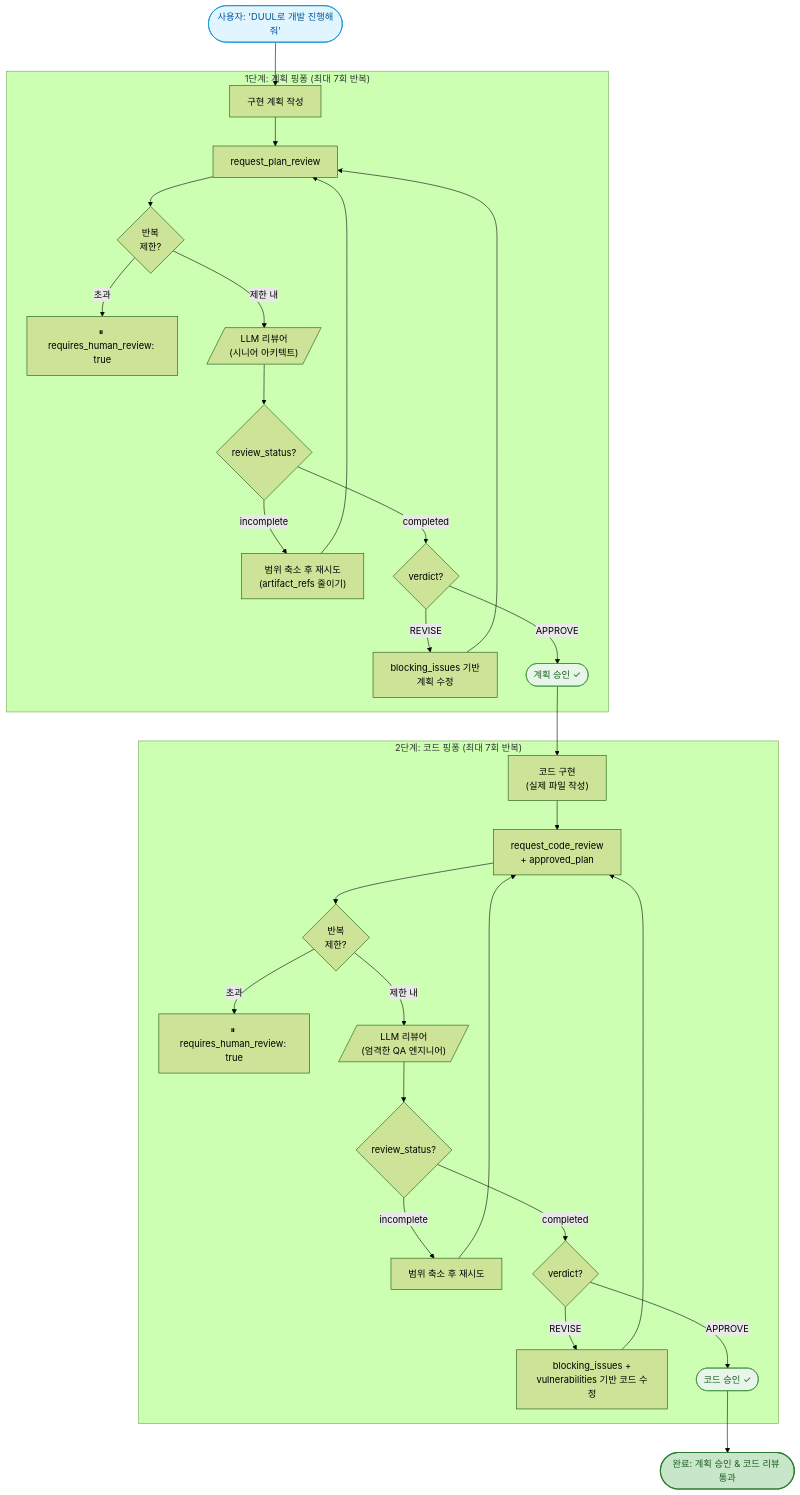
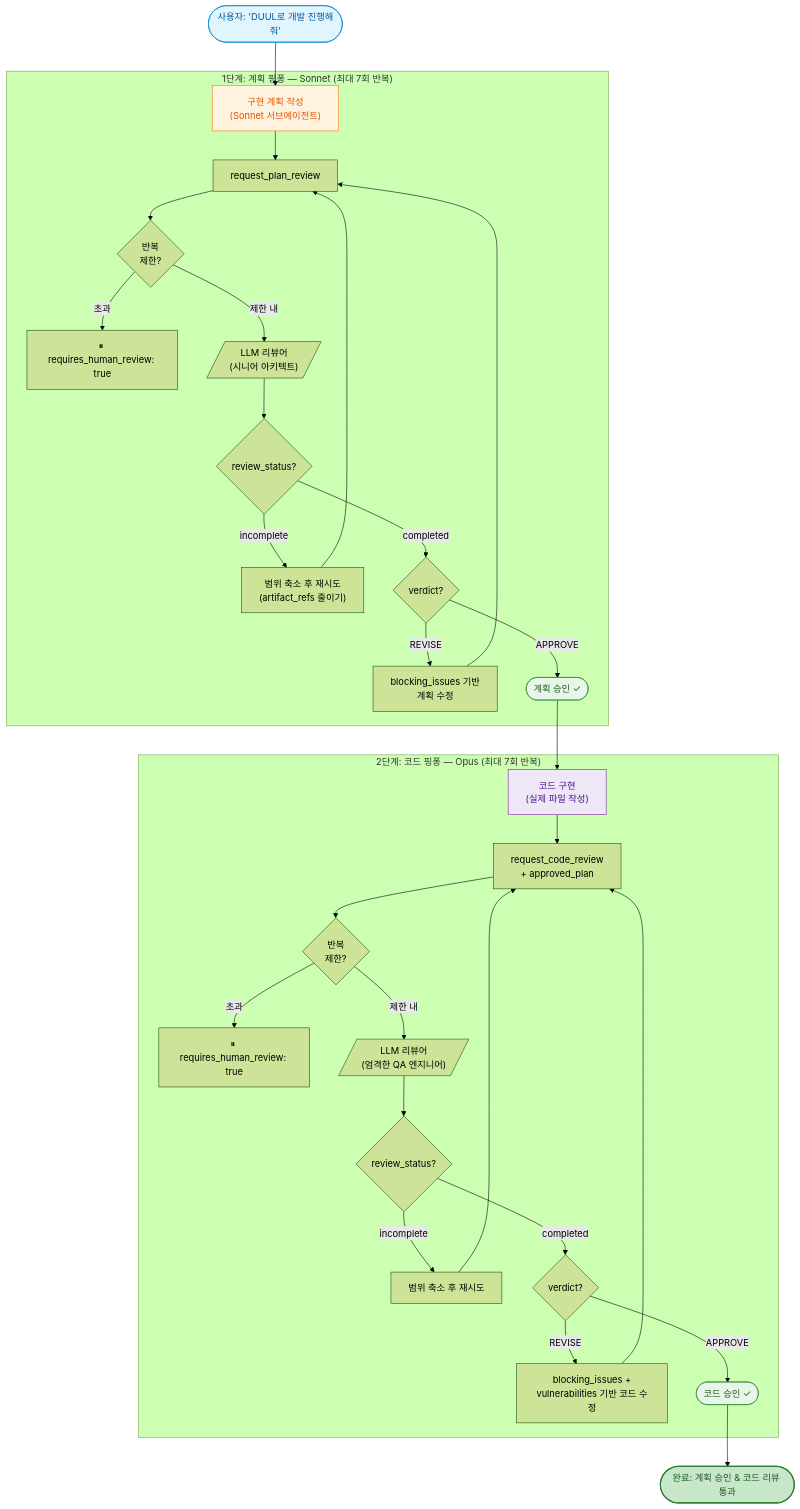
Before and after one commit to Planningo/duul: the first of 2 diagrams in README.ko.md, drawn with Mermaid (forest theme). The commit also changed other lines of this file and 3 other files, not shown here.

First line of the commit message:
docs: upgrade default reviewer models, add Sonnet/Opus split to diagrams

````diff
--- a/README.ko.md
+++ b/README.ko.md
@@ -206,40 +208,42 @@
 ```mermaid
 flowchart TD
-    Start(["사용자: 'DUUL로 개발 진행해줘'"]):::trigger --> Plan["구현 계획 작성"]
+    Start(["사용자: 'DUUL로 개발 진행해줘'"]):::trigger --> Plan["구현 계획 작성\n(Sonnet 서브에이전트)"]:::sonnet
 
-    subgraph Phase1["1단계: 계획 핑퐁 (최대 7회 반복)"]
+    subgraph Phase1["1단계: 계획 핑퐁 — Sonnet (최대 7회 반복)"]
         Plan --> PR["request_plan_review"]
         PR --> IterCheck1{반복\n제한?}
         IterCheck1 -- "초과" --> Human1["⏸ requires_human_review: true"]
         IterCheck1 -- "제한 내" --> Review1[/"LLM 리뷰어\n(시니어 아키텍트)"/]
         Review1 --> Status1{review_status?}
         Status1 -- "incomplete" --> Narrow1["범위 축소 후 재시도\n(artifact_refs 줄이기)"]
         Narrow1 --> PR
         Status1 -- "completed" --> Verdict1{verdict?}
         Verdict1 -- "REVISE" --> Fix1["blocking_issues 기반\n계획 수정"]
         Fix1 --> PR
         Verdict1 -- "APPROVE" --> PlanOK(["계획 승인 ✓"]):::approved
     end
 
-    PlanOK --> Impl["코드 구현\n(실제 파일 작성)"]
+    PlanOK --> Impl["코드 구현\n(실제 파일 작성)"]:::opus
 
-    subgraph Phase2["2단계: 코드 핑퐁 (최대 7회 반복)"]
+    subgraph Phase2["2단계: 코드 핑퐁 — Opus (최대 7회 반복)"]
         Impl --> CR["request_code_review\n+ approved_plan"]
         CR --> IterCheck2{반복\n제한?}
         IterCheck2 -- "초과" --> Human2["⏸ requires_human_review: true"]
         IterCheck2 -- "제한 내" --> Review2[/"LLM 리뷰어\n(엄격한 QA 엔지니어)"/]
         Review2 --> Status2{review_status?}
         Status2 -- "incomplete" --> Narrow2["범위 축소 후 재시도"]
         Narrow2 --> CR
         Status2 -- "completed" --> Verdict2{verdict?}
         Verdict2 -- "REVISE" --> Fix2["blocking_issues +\nvulnerabilities 기반 코드 수정"]
         Fix2 --> CR
         Verdict2 -- "APPROVE" --> CodeOK(["코드 승인 ✓"]):::approved
     end
 
     CodeOK --> Done(["완료: 계획 승인 & 코드 리뷰 통과"]):::done
 
     classDef trigger fill:#e1f5fe,stroke:#0288d1,color:#01579b
     classDef approved fill:#e8f5e9,stroke:#388e3c,color:#1b5e20
     classDef done fill:#c8e6c9,stroke:#2e7d32,color:#1b5e20,stroke-width:2px
+    classDef sonnet fill:#fff3e0,stroke:#f57c00,color:#e65100
+    classDef opus fill:#ede7f6,stroke:#7b1fa2,color:#4a148c
 ```
````
